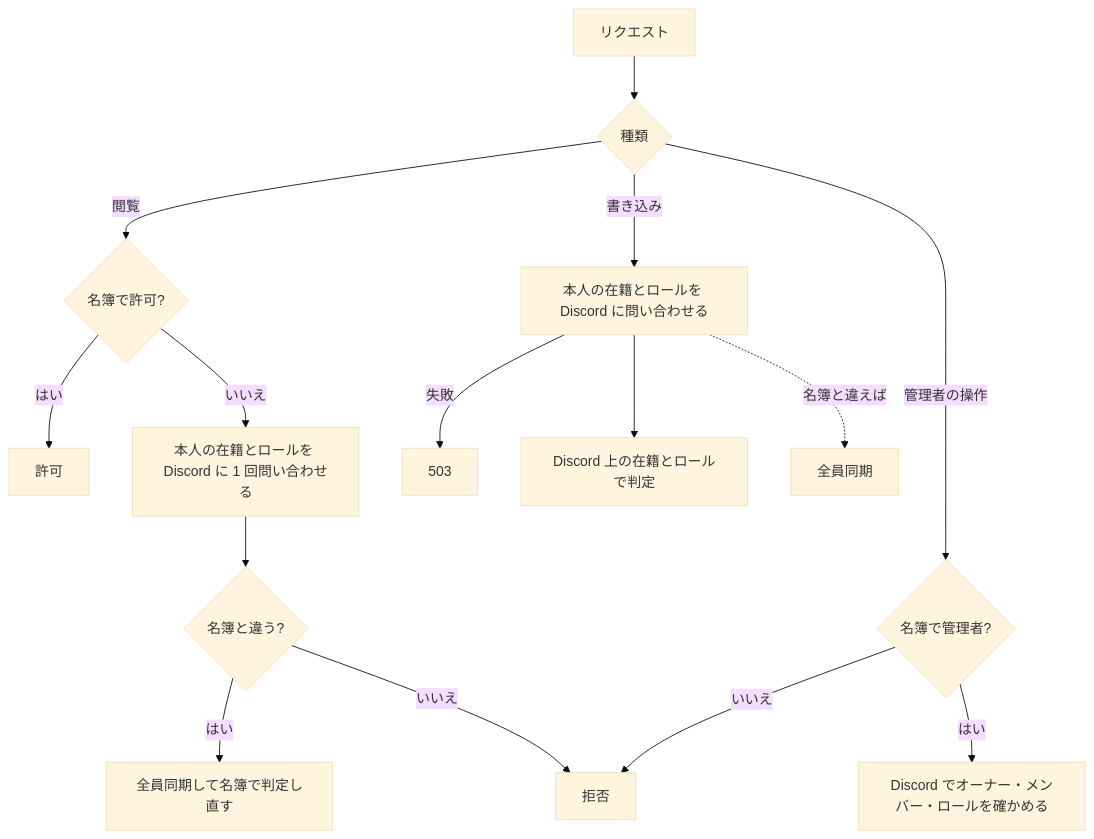
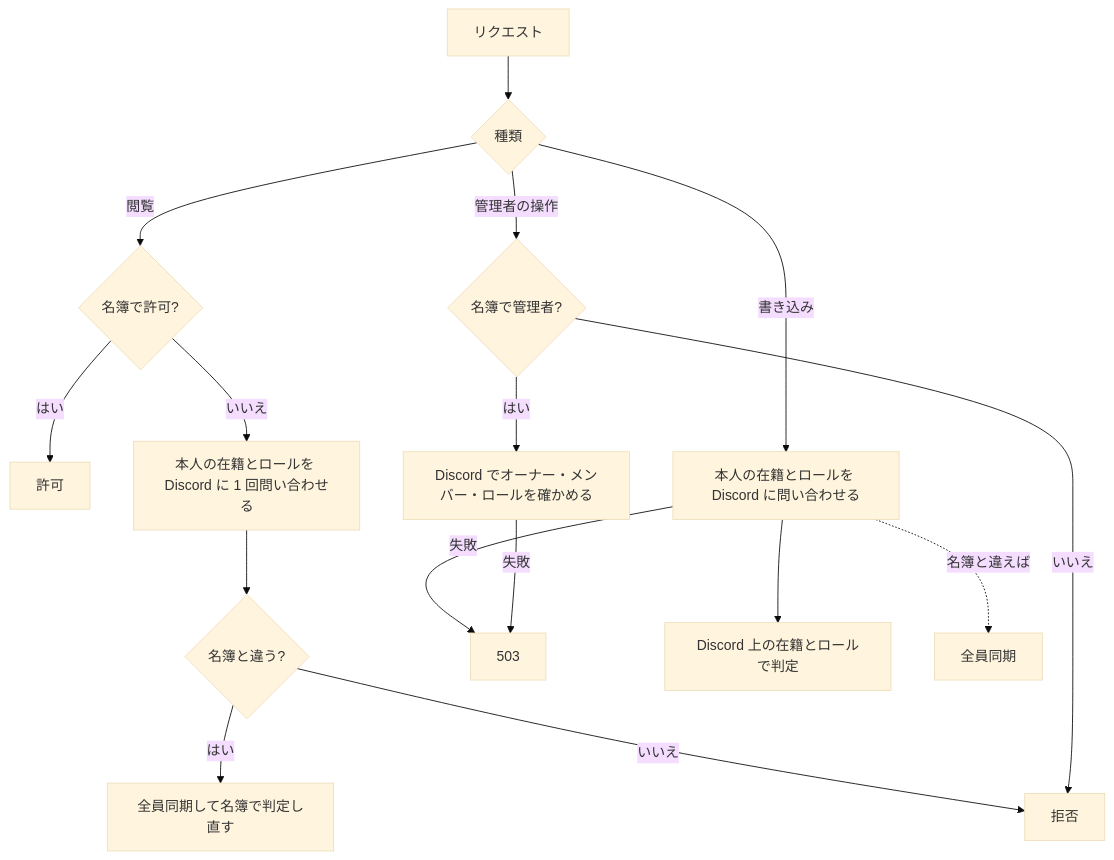
One commit to nakomochi/quorum changed the fourth of 4 diagrams in docs/architecture.md. Above: the diagram before and after it, drawn with Mermaid (base theme). The commit also changed other lines of this file and 12 other files, not shown here.

````diff
--- a/docs/architecture.md
+++ b/docs/architecture.md
@@ -99,17 +100,18 @@
 ```mermaid
 flowchart TD
   R[リクエスト] --> K{種類}
   K -->|閲覧| G{名簿で許可?}
   G -->|はい| OK[許可]
   G -->|いいえ| L1[本人の在籍とロールを Discord に 1 回問い合わせる]
   L1 --> M{名簿と違う?}
   M -->|はい| S1[全員同期して名簿で判定し直す]
   M -->|いいえ| NG[拒否]
   K -->|書き込み| L2[本人の在籍とロールを Discord に問い合わせる]
   L2 -->|失敗| E[503]
   L2 --> J[Discord 上の在籍とロールで判定]
   L2 -.名簿と違えば.-> S2[全員同期]
   K -->|管理者の操作| N{名簿で管理者?}
   N -->|いいえ| NG
   N -->|はい| L3[Discord でオーナー・メンバー・ロールを確かめる]
+  L3 -->|失敗| E
 ```
````
